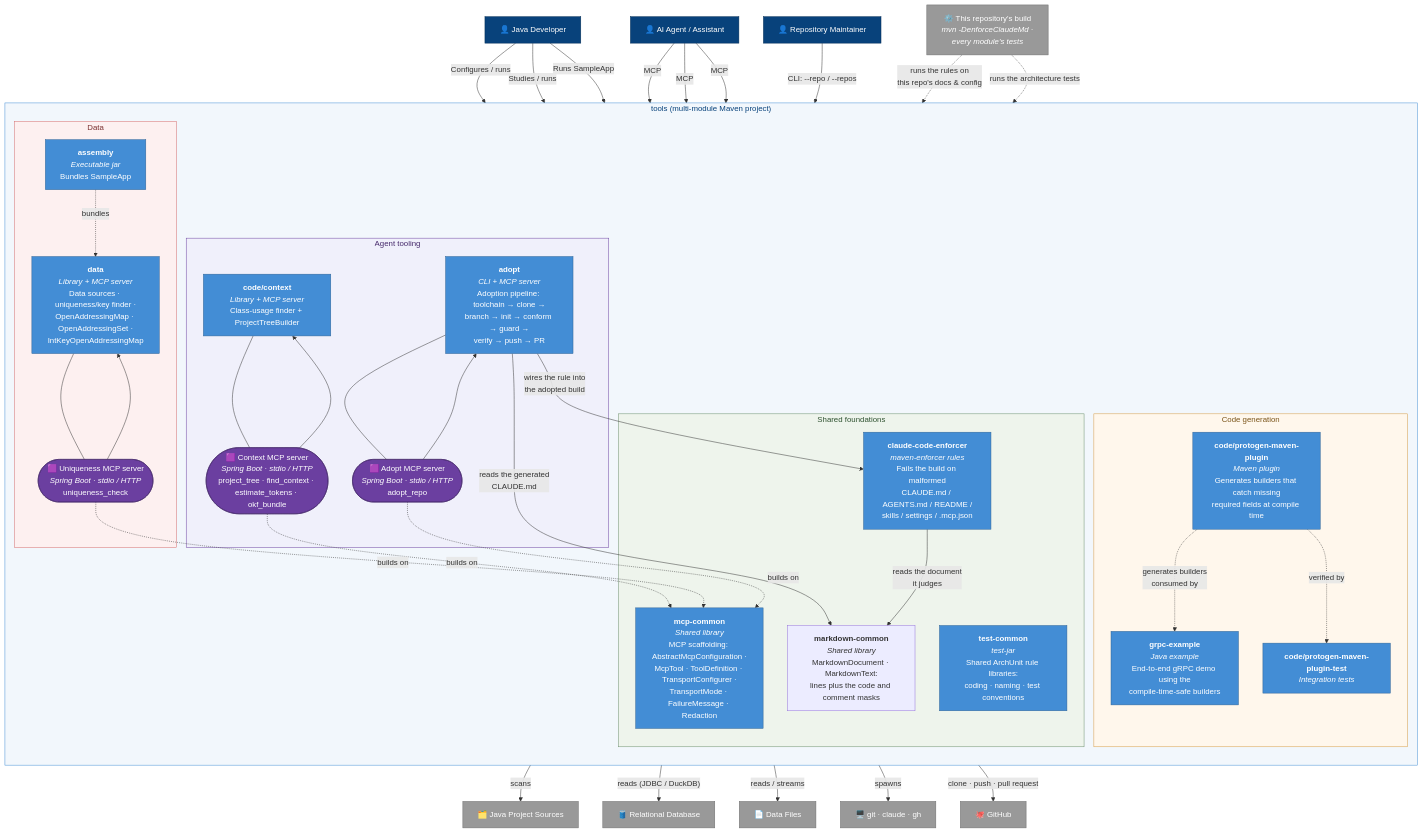
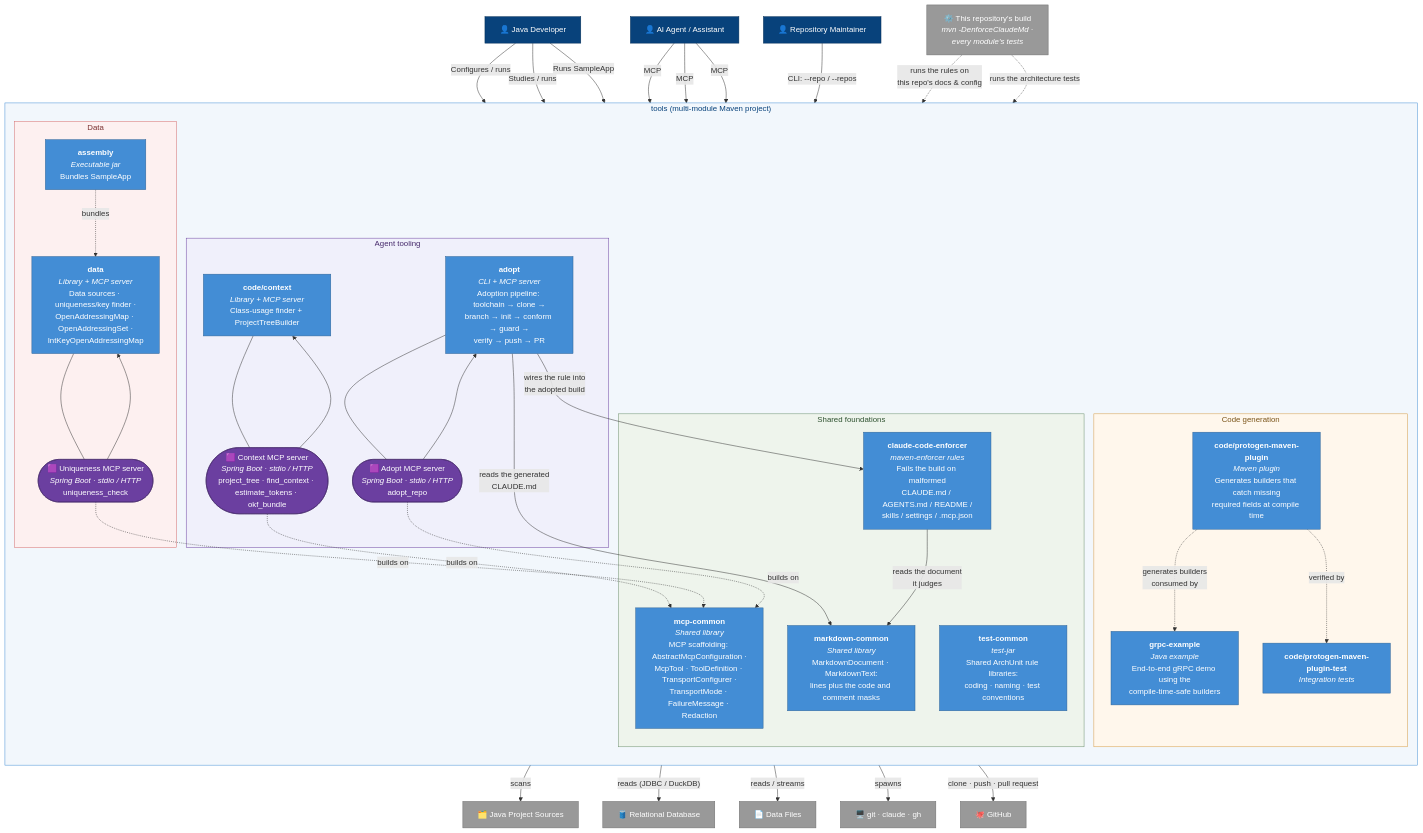
Before and after one commit to adamw7/tools: the second of 10 diagrams in docs/c4-architecture.md, drawn with Mermaid. The commit also changed other lines of this file and 137 other files, not shown here.

```diff
--- a/docs/c4-architecture.md
+++ b/docs/c4-architecture.md
@@ -169,7 +169,7 @@
     classDef mcp fill:#6b3fa0,stroke:#46296b,color:#fff
     classDef ext fill:#999999,stroke:#6b6b6b,color:#fff
     class dev,agent,maintainer person
-    class enforcer,testCommon,mcpCommon,protogen,protogenTest,grpc,assembly,context,data,adopt container
+    class enforcer,markdownCommon,testCommon,mcpCommon,protogen,protogenTest,grpc,assembly,context,data,adopt container
     class contextMcp,dataMcp,adoptMcp mcp
     class projectSrc,db,files,github,cli,ownBuild ext
     style tools fill:#f2f7fc,stroke:#438dd5,color:#08427b
```
